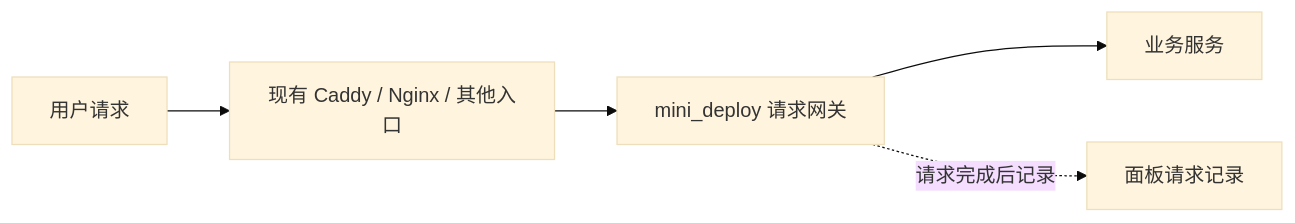
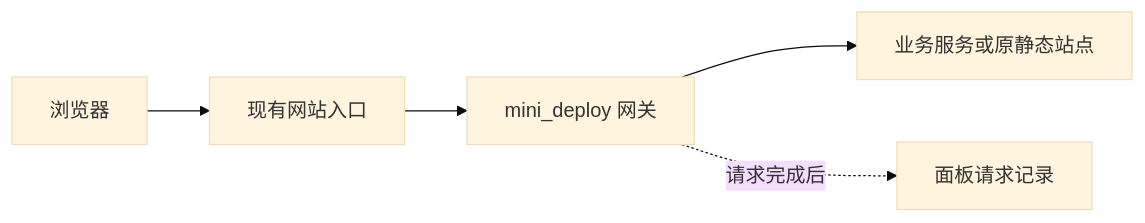
The diagram in docs/REQUEST_GATEWAY.zh-CN.md (jokerXueC/mini_deploy), drawn with Mermaid (base theme) before and after one commit. The commit also changed other lines of this file and 17 other files, not shown here.

````diff
--- a/docs/REQUEST_GATEWAY.zh-CN.md
+++ b/docs/REQUEST_GATEWAY.zh-CN.md
@@ -5,7 +5,7 @@
 ```mermaid
 flowchart LR
-    A[用户请求] --> B[现有 Caddy / Nginx / 其他入口]
-    B --> C[mini_deploy 请求网关]
-    C --> D[业务服务]
-    C -. 请求完成后记录 .-> E[面板请求记录]
+    A[浏览器] --> B[现有网站入口]
+    B --> C[mini_deploy 网关]
+    C --> D[业务服务或原静态站点]
+    C -. 请求完成后 .-> E[面板请求记录]
 ```
````
